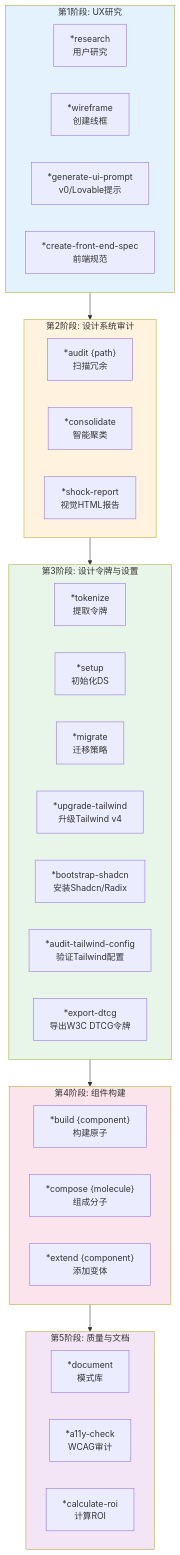
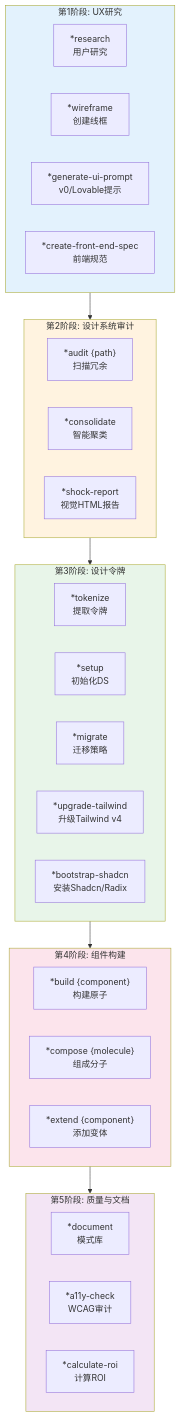
Before and after one commit to brunajunckes/aiox-core: the diagram in docs/zh/aios-agent-flows/ux-design-expert-system.md, drawn with Mermaid. The commit also changed other lines of this file and 10 other files, not shown here.

````diff
--- a/docs/zh/aios-agent-flows/ux-design-expert-system.md
+++ b/docs/zh/aios-agent-flows/ux-design-expert-system.md
@@ -35,48 +35,46 @@
 ```mermaid
 flowchart TB
     subgraph PHASE1["第1阶段: UX研究"]
         R1["*research<br/>用户研究"]
         R2["*wireframe<br/>创建线框"]
         R3["*generate-ui-prompt<br/>v0/Lovable提示"]
         R4["*create-front-end-spec<br/>前端规范"]
     end
 
     subgraph PHASE2["第2阶段: 设计系统审计"]
         A1["*audit {path}<br/>扫描冗余"]
         A2["*consolidate<br/>智能聚类"]
         A3["*shock-report<br/>视觉HTML报告"]
     end
 
-    subgraph PHASE3["第3阶段: 设计令牌与设置"]
+    subgraph PHASE3["第3阶段: 设计令牌"]
         T1["*tokenize<br/>提取令牌"]
         T2["*setup<br/>初始化DS"]
         T3["*migrate<br/>迁移策略"]
         T4["*upgrade-tailwind<br/>升级Tailwind v4"]
         T5["*bootstrap-shadcn<br/>安装Shadcn/Radix"]
-        T6["*audit-tailwind-config<br/>验证Tailwind配置"]
-        T7["*export-dtcg<br/>导出W3C DTCG令牌"]
     end
 
     subgraph PHASE4["第4阶段: 组件构建"]
         B1["*build {component}<br/>构建原子"]
         B2["*compose {molecule}<br/>组成分子"]
         B3["*extend {component}<br/>添加变体"]
     end
 
     subgraph PHASE5["第5阶段: 质量与文档"]
         Q1["*document<br/>模式库"]
         Q2["*a11y-check<br/>WCAG审计"]
         Q3["*calculate-roi<br/>计算ROI"]
     end
 
     PHASE1 --> PHASE2
     PHASE2 --> PHASE3
     PHASE3 --> PHASE4
     PHASE4 --> PHASE5
 
     style PHASE1 fill:#e3f2fd
     style PHASE2 fill:#fff3e0
     style PHASE3 fill:#e8f5e9
     style PHASE4 fill:#fce4ec
     style PHASE5 fill:#f3e5f5
 ```
````
